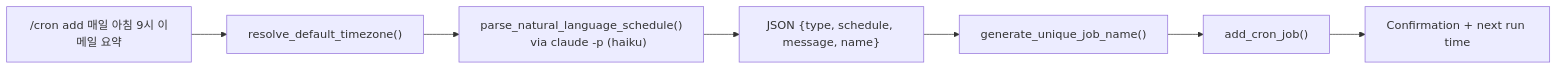
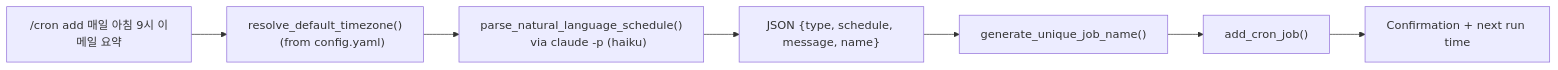
The eighth of 9 diagrams in docs/ARCHITECTURE.md (heg-wtf/abyss), drawn with Mermaid before and after one commit. The commit also changed other lines of this file and 16 other files, not shown here.

First line of the commit message:
✨ feat: add timezone/language config, bot profile fields, startup compact

````diff
--- a/docs/ARCHITECTURE.md
+++ b/docs/ARCHITECTURE.md
@@ -395,10 +424,11 @@
 ```mermaid
 graph LR
-    INPUT["/cron add 매일 아침 9시 이메일 요약"] --> TZ["resolve_default_timezone()"]
+    INPUT["/cron add 매일 아침 9시 이메일 요약"] --> TZ["resolve_default_timezone()
+    (from config.yaml)"]
     TZ --> PARSE["parse_natural_language_schedule()
     via claude -p (haiku)"]
     PARSE --> JSON["JSON {type, schedule, message, name}"]
     JSON --> NAME["generate_unique_job_name()"]
     NAME --> ADD["add_cron_job()"]
     ADD --> REPLY[Confirmation + next run time]
 ```
````
